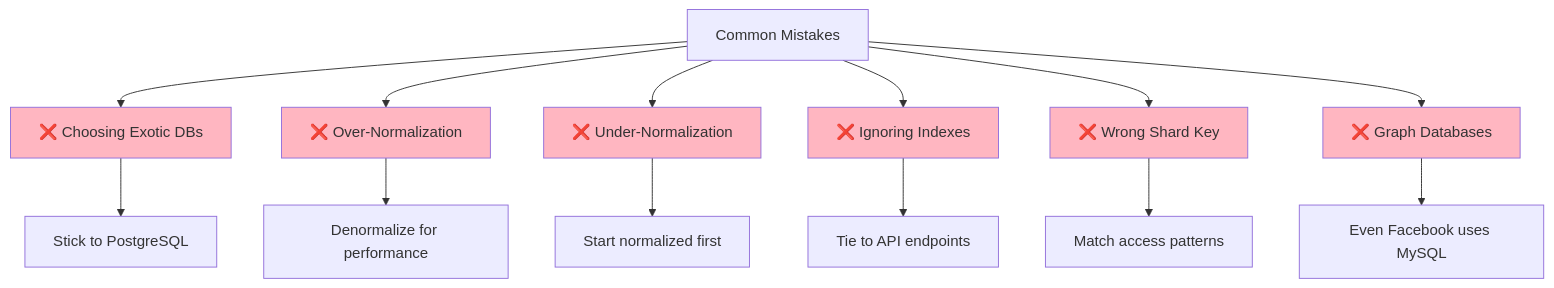
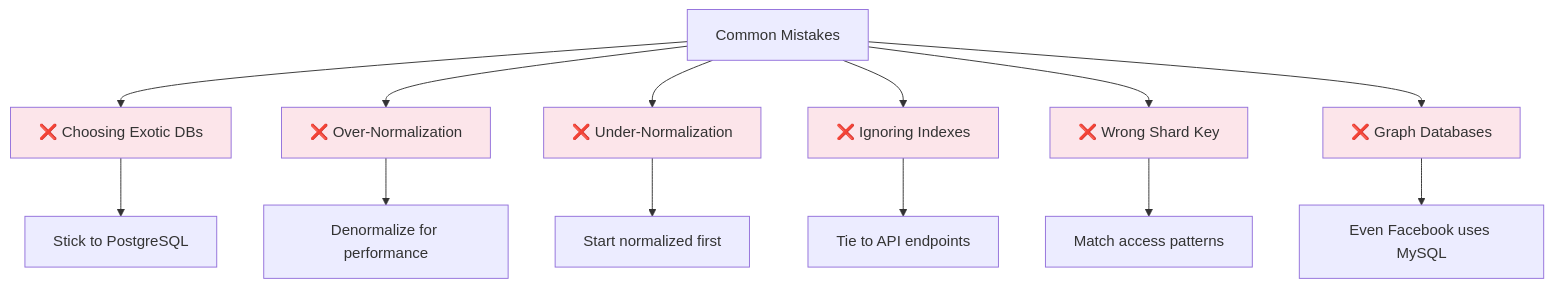
One commit to cartmancodes/InterviewVault changed diagram 22 of 27 in LLD/CoreConcepts/DataModelling.md. Above: the diagram before and after it, drawn with Mermaid. The commit also changed other lines of this file and 679 other files, not shown here.

Commit message:
Unify content diagrams and add accessible visual walkthroughs

````diff
--- a/LLD/CoreConcepts/DataModelling.md
+++ b/LLD/CoreConcepts/DataModelling.md
@@ -917,25 +917,25 @@
 ```mermaid
 graph TB
     MISTAKES[Common Mistakes]
     
     MISTAKES --> M1[❌ Choosing Exotic DBs]
     MISTAKES --> M2[❌ Over-Normalization]
     MISTAKES --> M3[❌ Under-Normalization]
     MISTAKES --> M4[❌ Ignoring Indexes]
     MISTAKES --> M5[❌ Wrong Shard Key]
     MISTAKES --> M6[❌ Graph Databases]
     
     M1 --> M1A[Stick to PostgreSQL]
     M2 --> M2A[Denormalize for performance]
     M3 --> M3A[Start normalized first]
     M4 --> M4A[Tie to API endpoints]
     M5 --> M5A[Match access patterns]
     M6 --> M6A[Even Facebook uses MySQL]
     
-    style M1 fill:#FFB6C1
-    style M2 fill:#FFB6C1
-    style M3 fill:#FFB6C1
-    style M4 fill:#FFB6C1
-    style M5 fill:#FFB6C1
-    style M6 fill:#FFB6C1
+    style M1 fill:#FCE5EA
+    style M2 fill:#FCE5EA
+    style M3 fill:#FCE5EA
+    style M4 fill:#FCE5EA
+    style M5 fill:#FCE5EA
+    style M6 fill:#FCE5EA
 ```
````
